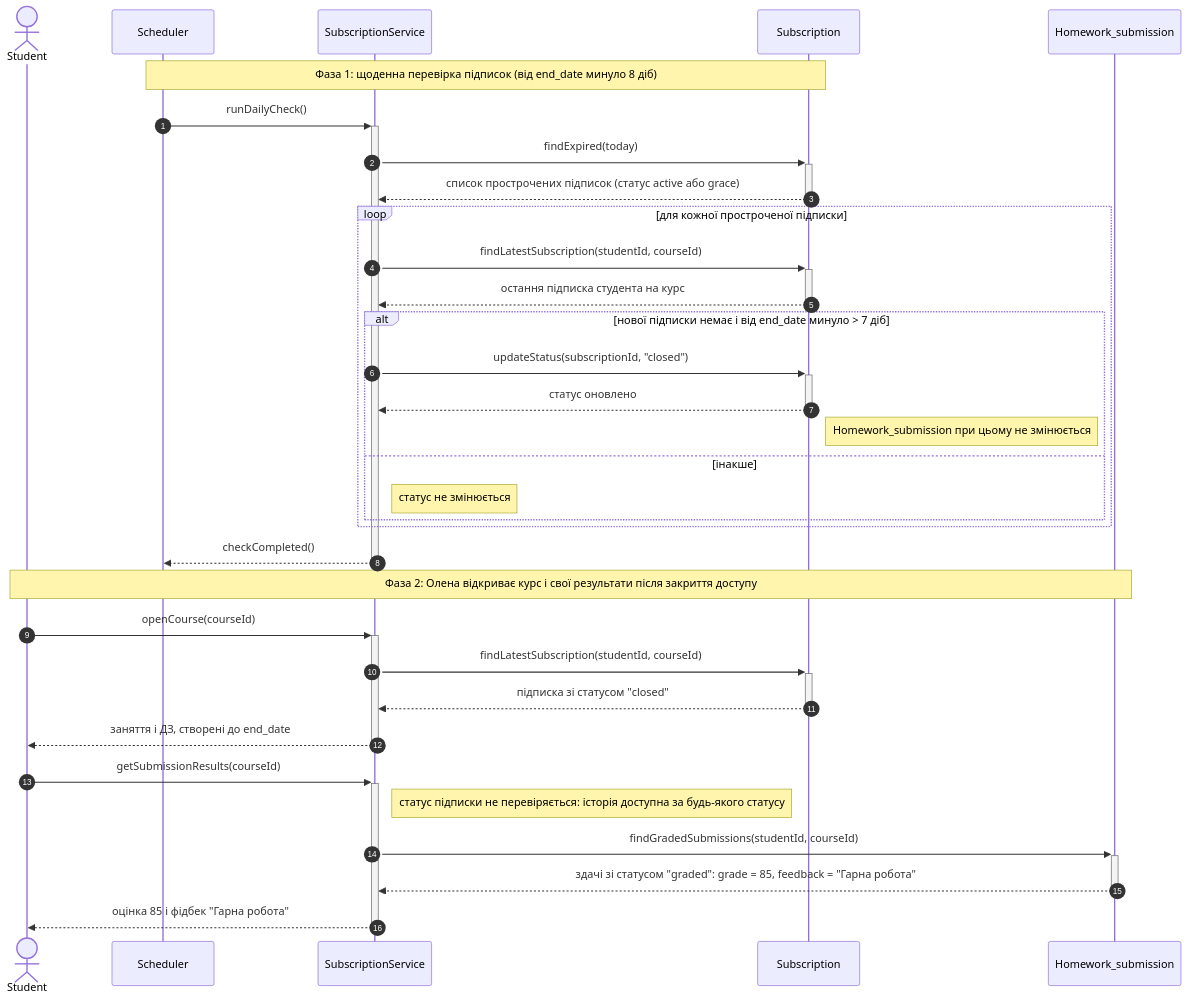
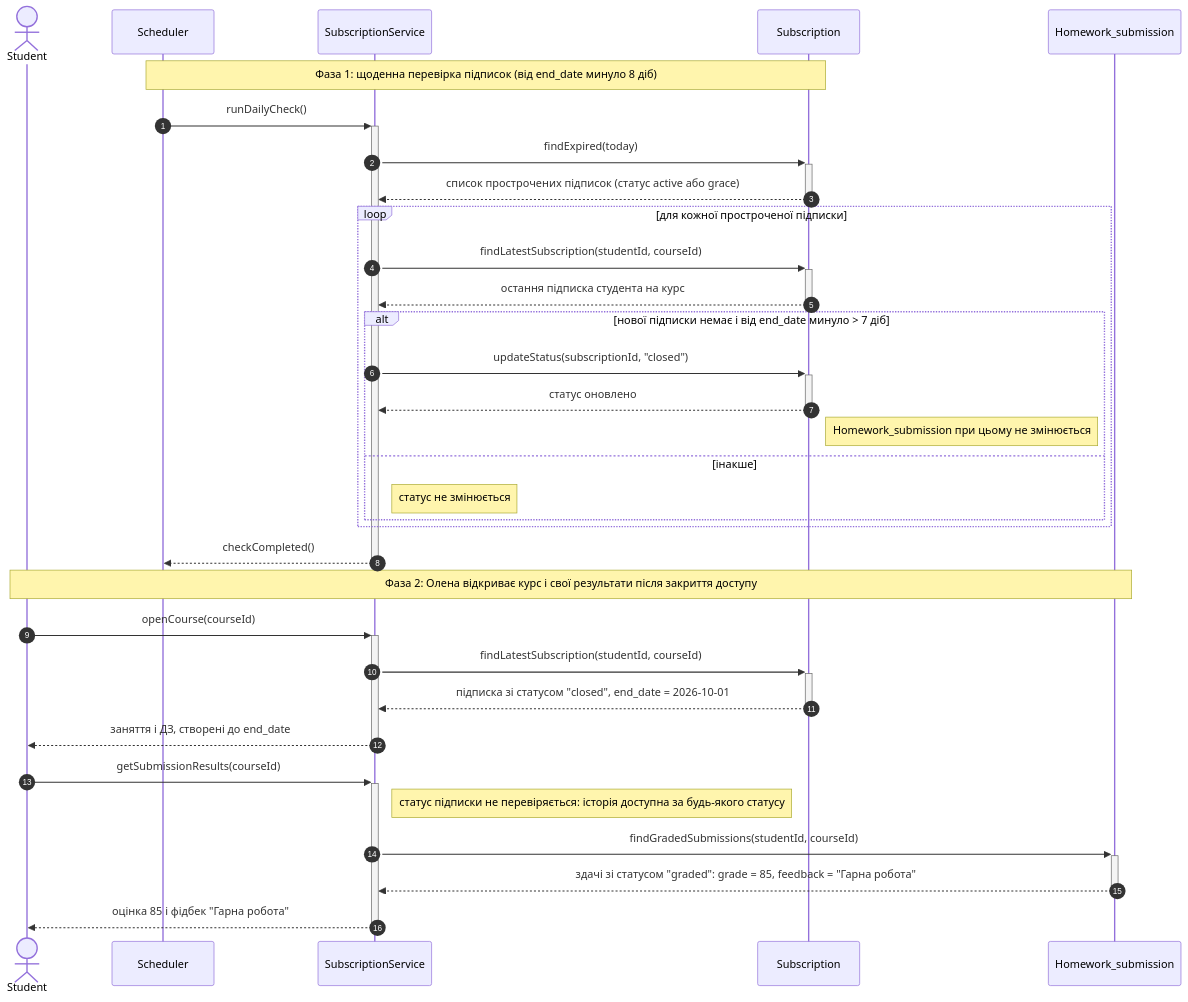
Before and after one commit to grmaryna/MathHub: the diagram in Sequence Diagram/diagram-req-32-history.mmd, drawn with Mermaid. The commit also changed 1 other file, not shown here.

Commit message:
виправлення endDate в діаграмі

```diff
--- a/Sequence Diagram/diagram-req-32-history.mmd
+++ b/Sequence Diagram/diagram-req-32-history.mmd
@@ -1,40 +1,40 @@
 sequenceDiagram
     autonumber
     actor Student
     participant Scheduler
     participant SubscriptionService
     participant Subscription
     participant Homework_submission
 
     Note over Scheduler,Subscription: Фаза 1: щоденна перевірка підписок (від end_date минуло 8 діб)
 
     Scheduler->>+SubscriptionService: runDailyCheck()
     SubscriptionService->>+Subscription: findExpired(today)
     Subscription-->>-SubscriptionService: список прострочених підписок (статус active або grace)
 
     loop для кожної простроченої підписки
         SubscriptionService->>+Subscription: findLatestSubscription(studentId, courseId)
         Subscription-->>-SubscriptionService: остання підписка студента на курс
 
         alt нової підписки немає і від end_date минуло > 7 діб
             SubscriptionService->>+Subscription: updateStatus(subscriptionId, "closed")
             Subscription-->>-SubscriptionService: статус оновлено
             Note right of Subscription: Homework_submission при цьому не змінюється
         else інакше
             Note right of SubscriptionService: статус не змінюється
         end
     end
     SubscriptionService-->>-Scheduler: checkCompleted()
 
     Note over Student,Homework_submission: Фаза 2: Олена відкриває курс і свої результати після закриття доступу
 
     Student->>+SubscriptionService: openCourse(courseId)
     SubscriptionService->>+Subscription: findLatestSubscription(studentId, courseId)
-    Subscription-->>-SubscriptionService: підписка зі статусом "closed"
+Subscription-->>-SubscriptionService: підписка зі статусом "closed", end_date = 2026-10-01
     SubscriptionService-->>-Student: заняття і ДЗ, створені до end_date
 
     Student->>+SubscriptionService: getSubmissionResults(courseId)
     Note right of SubscriptionService: статус підписки не перевіряється: історія доступна за будь-якого статусу
     SubscriptionService->>+Homework_submission: findGradedSubmissions(studentId, courseId)
     Homework_submission-->>-SubscriptionService: здачі зі статусом "graded": grade = 85, feedback = "Гарна робота"
     SubscriptionService-->>-Student: оцінка 85 і фідбек "Гарна робота"
```
